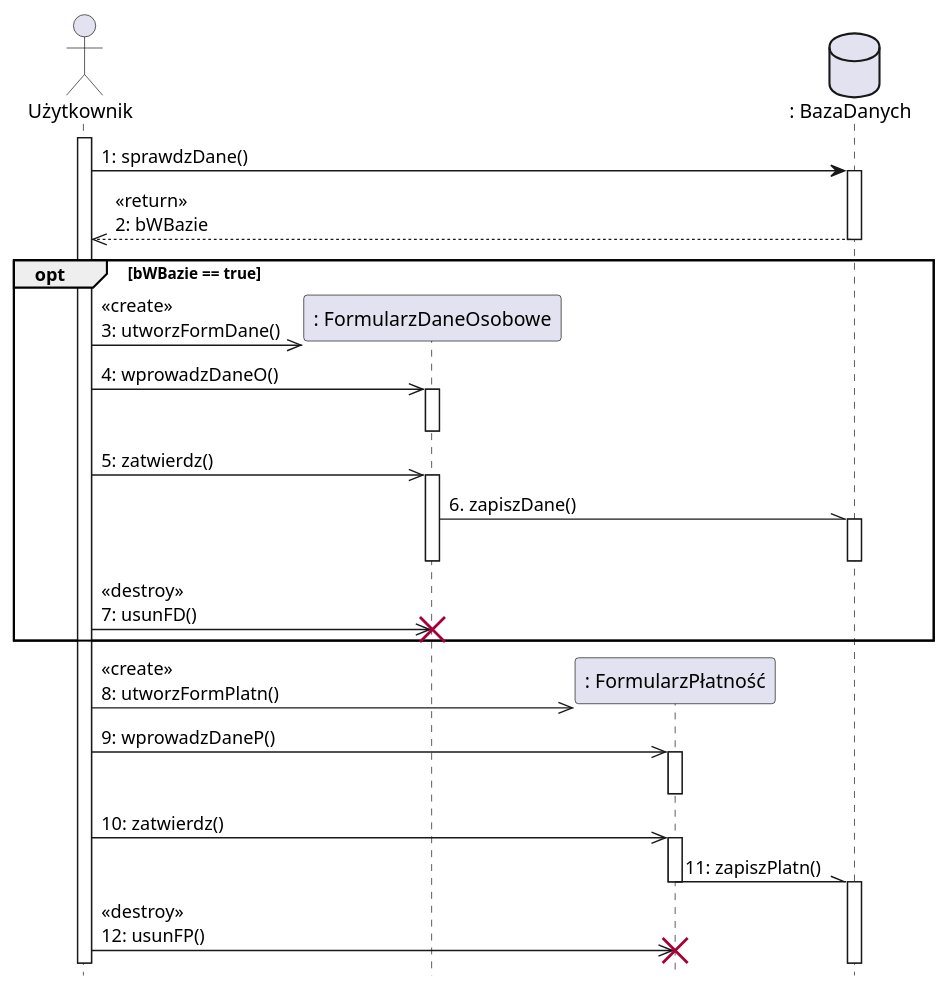
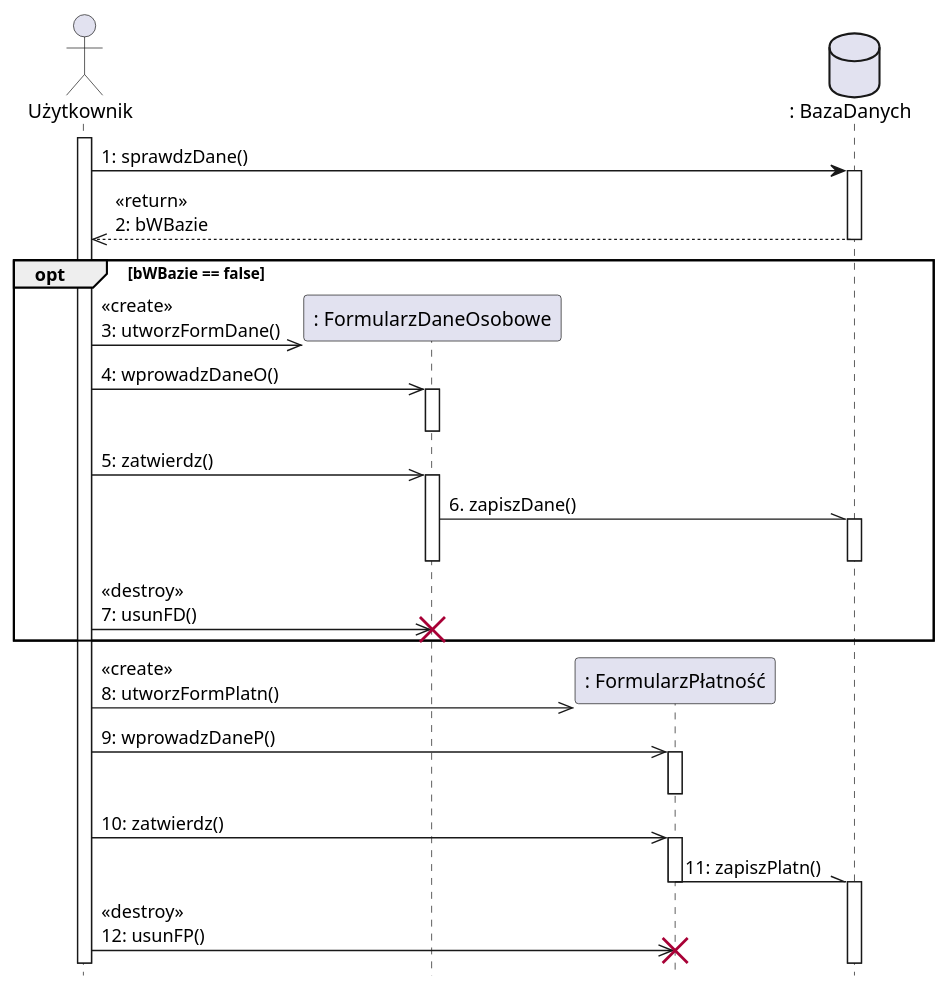
One commit to KStefanowicz04/ProjektIO changed the diagram in diagram_przebiegu3_KS.plantuml. Above: the diagram before and after it, drawn with PlantUML. The commit also changed 1 other file, not shown here.

```diff
--- a/diagram_przebiegu3_KS.plantuml
+++ b/diagram_przebiegu3_KS.plantuml
@@ -1,56 +1,56 @@
 @startuml
   hide footbox
 
   actor Użytkownik as u
   participant ": FormularzDaneOsobowe" as fd
   participant ": FormularzPłatność" as fp
   database ": BazaDanych" as db
 
   '1 - Użytkownik pyta Bazę Danych czy jego dane już występują w bazie
   activate u
   u -> db : 1: sprawdzDane()
   activate db
   db -->> u : <<return>>\n2: bWBazie
   deactivate db
 
   '2 - (opt) Jeśli w bazie nie występują dane osobowe,
   'użytkownik wypełnia formularz i dane są wysyłane do Bazy
-  opt bWBazie == true
+  opt bWBazie == false
     u ->> fd ** : <<create>>\n3: utworzFormDane()
 
     u ->> fd : 4: wprowadzDaneO()
     activate fd
     deactivate fd
 
     u ->> fd : 5: zatwierdz()
     activate fd
 
     fd -\\ db : 6. zapiszDane()
     activate db
     deactivate fd
     deactivate db
 
     u ->> fd !! : <<destroy>>\n7: usunFD()
   end
 
   '3 -  Użytkownik wypełnia dane płatnicze
   u ->> fp ** : <<create>>\n8: utworzFormPlatn()
   u ->> fp : 9: wprowadzDaneP()
   activate fp
   deactivate fp
 
   u ->> fp : 10: zatwierdz()
   activate fp
 
   '4 - Zapisanie info o płatności do Bazy Danych
   fp -\\ db : 11: zapiszPlatn()
   deactivate fp
   activate db
   deactivate db
 
   
   u ->> fp !! : <<destroy>>\n12: usunFP()
 
 
 
 @enduml
```
